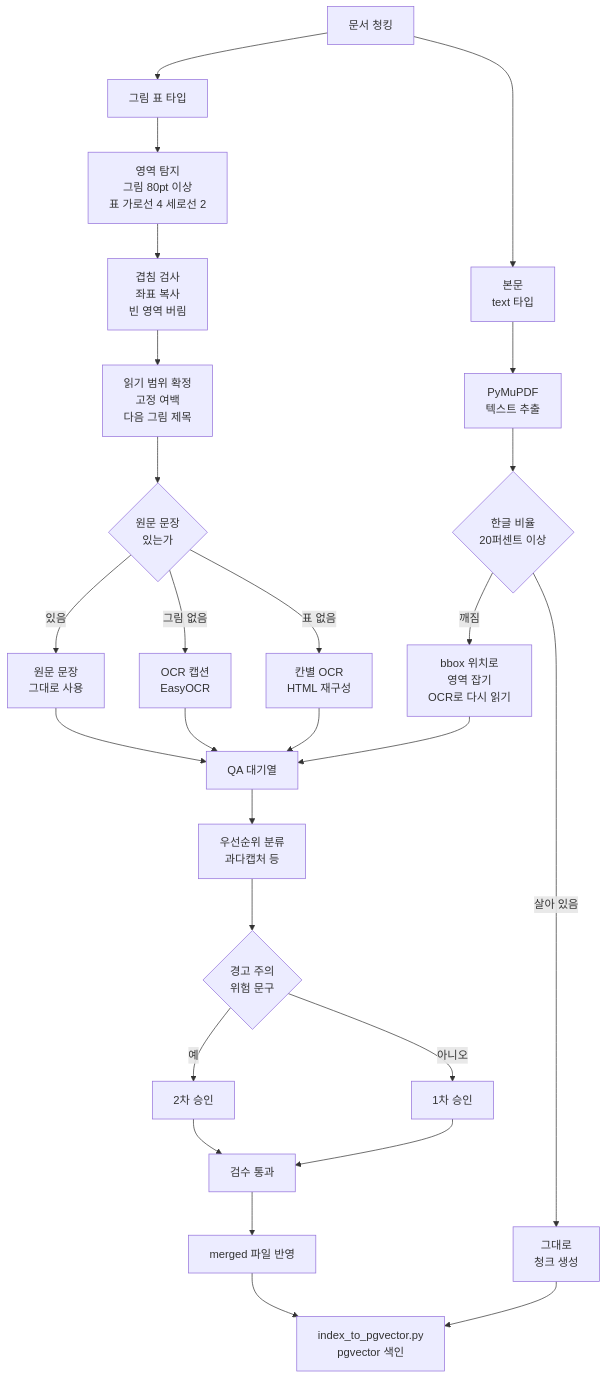
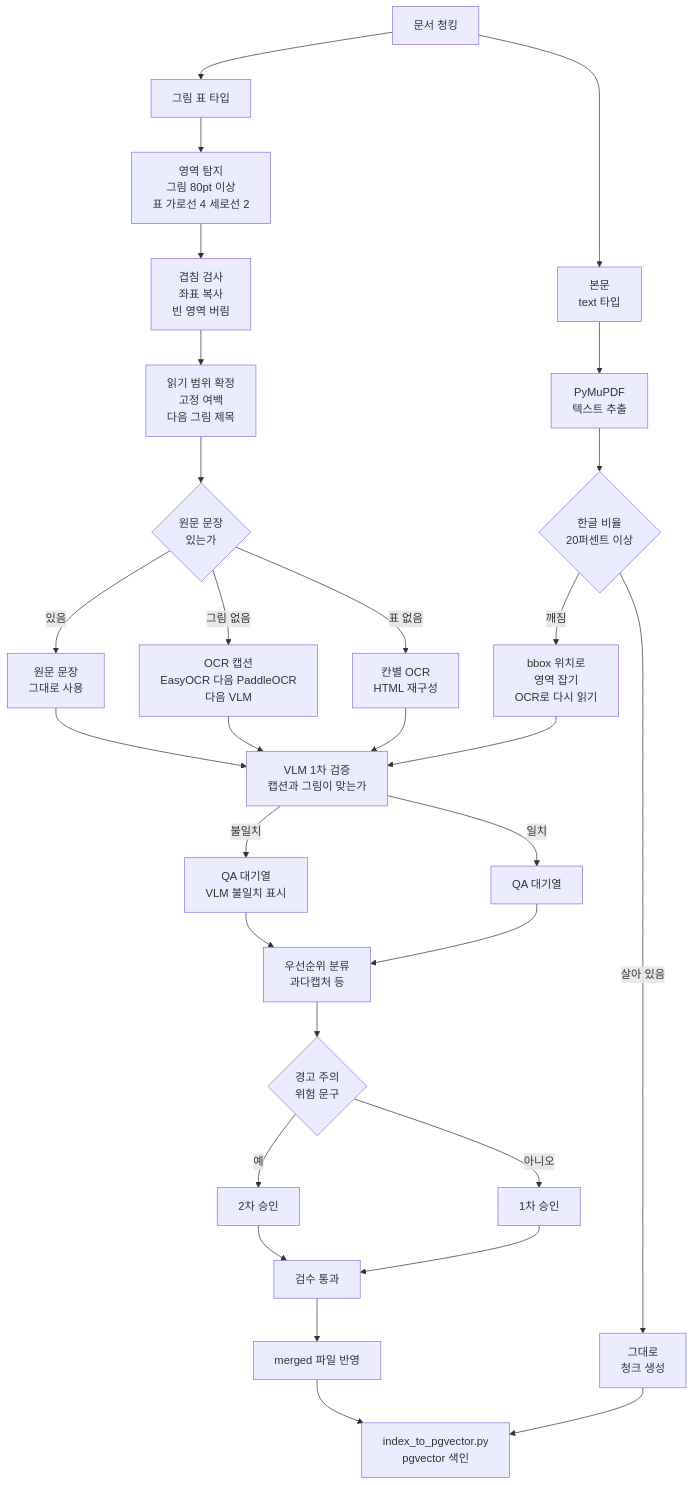
Before and after one commit to cho1203/chatbot-work: the first of 2 diagrams in docs/DEVELOPER_GUIDE_6.md, drawn with Mermaid. The commit also changed other lines of this file and 5 other files, not shown here.

````diff
--- a/docs/DEVELOPER_GUIDE_6.md
+++ b/docs/DEVELOPER_GUIDE_6.md
@@ -111,29 +140,32 @@
 ```mermaid
 flowchart TD
   Z["문서 청킹"] --> Z1["본문<br/>text 타입"]
   Z --> A["그림 표 타입"]
   Z1 --> Z2["PyMuPDF<br/>텍스트 추출"]
   Z2 --> Z4{"한글 비율<br/>20퍼센트 이상"}
   Z4 -->|살아 있음| Z3["그대로<br/>청크 생성"]
   Z4 -->|깨짐| Z5["bbox 위치로<br/>영역 잡기<br/>OCR로 다시 읽기"]
   A --> B["영역 탐지<br/>그림 80pt 이상<br/>표 가로선 4 세로선 2"]
   B --> C["겹침 검사<br/>좌표 복사<br/>빈 영역 버림"]
   C --> D["읽기 범위 확정<br/>고정 여백<br/>다음 그림 제목"]
   D --> E{"원문 문장<br/>있는가"}
   E -->|있음| F["원문 문장<br/>그대로 사용"]
-  E -->|그림 없음| G["OCR 캡션<br/>EasyOCR"]
+  E -->|그림 없음| G["OCR 캡션<br/>EasyOCR 다음 PaddleOCR<br/>다음 VLM"]
   E -->|표 없음| H["칸별 OCR<br/>HTML 재구성"]
-  F --> I["QA 대기열"]
-  G --> I
-  H --> I
-  Z5 --> I
+  F --> V["VLM 1차 검증<br/>캡션과 그림이 맞는가"]
+  G --> V
+  H --> V
+  Z5 --> V
+  V -->|불일치| I["QA 대기열<br/>VLM 불일치 표시"]
+  V -->|일치| I2["QA 대기열"]
   I --> J["우선순위 분류<br/>과다캡처 등"]
+  I2 --> J
   J --> K{"경고 주의<br/>위험 문구"}
   K -->|예| L["2차 승인"]
   K -->|아니오| M["1차 승인"]
   L --> N["검수 통과"]
   M --> N
   N --> O["merged 파일 반영"]
   O --> P["index_to_pgvector.py<br/>pgvector 색인"]
   Z3 --> P
 ```
````
